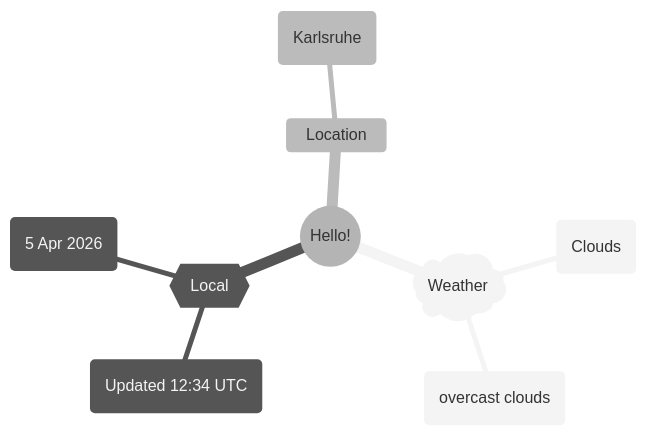
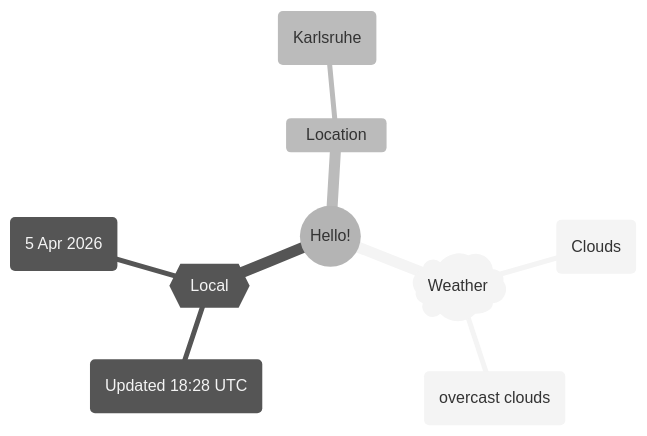
One commit to Xosrov/Xosrov changed the first of 2 diagrams in README.md. Above: the diagram before and after it, drawn with Mermaid (neutral theme).

Commit message:
[bot] updated images

````diff
--- a/README.md
+++ b/README.md
@@ -3,12 +3,12 @@
 ```mermaid
 mindmap
   root((Hello!))
     )Weather(
         (Clouds)
         (overcast clouds)
     {{Local}}
-        (Updated 12:34 UTC)
+        (Updated 18:28 UTC)
         (5 Apr 2026)
     Location
         (Karlsruhe)
 ```
````
